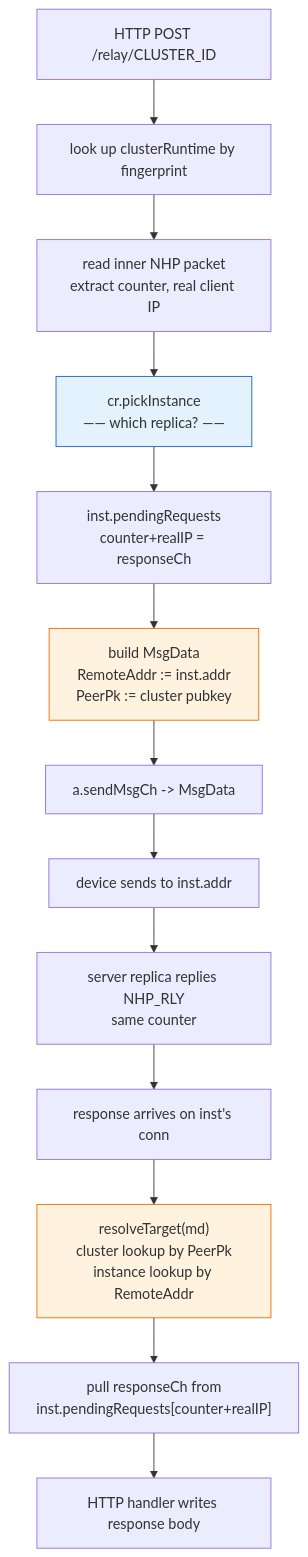
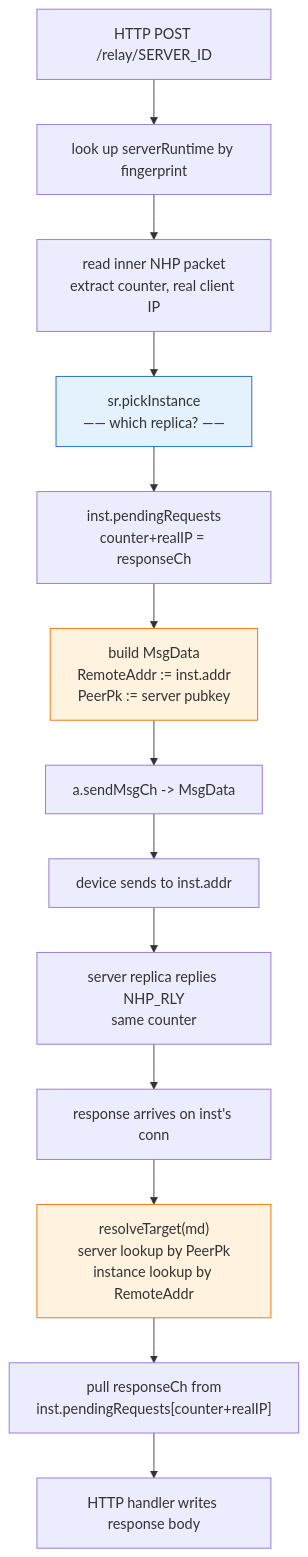
One commit to OpenNHP/opennhp changed the third of 3 diagrams in docs/multi-server.en.md. Above: the diagram before and after it, drawn with Mermaid. The commit also changed other lines of this file and 27 other files, not shown here.

````diff
--- a/docs/multi-server.en.md
+++ b/docs/multi-server.en.md
@@ -212,20 +222,20 @@
 ```mermaid
 flowchart TD
-    A[HTTP POST /relay/CLUSTER_ID] --> B[look up clusterRuntime by fingerprint]
+    A[HTTP POST /relay/SERVER_ID] --> B[look up serverRuntime by fingerprint]
     B --> C[read inner NHP packet<br/>extract counter, real client IP]
-    C --> D[cr.pickInstance<br/>—— which replica? ——]
+    C --> D[sr.pickInstance<br/>—— which replica? ——]
     D --> E["inst.pendingRequests<br/>counter+realIP = responseCh"]
-    E --> F[build MsgData<br/>RemoteAddr := inst.addr<br/>PeerPk := cluster pubkey]
+    E --> F[build MsgData<br/>RemoteAddr := inst.addr<br/>PeerPk := server pubkey]
     F --> G[a.sendMsgCh -> MsgData]
     G --> H[device sends to inst.addr]
     H --> I[server replica replies NHP_RLY<br/>same counter]
     I --> J[response arrives on inst's conn]
-    J --> K["resolveTarget(md)<br/>cluster lookup by PeerPk<br/>instance lookup by RemoteAddr"]
+    J --> K["resolveTarget(md)<br/>server lookup by PeerPk<br/>instance lookup by RemoteAddr"]
     K --> L["pull responseCh from<br/>inst.pendingRequests[counter+realIP]"]
     L --> M[HTTP handler writes response body]
 
     classDef pick fill:#e3f2fd,stroke:#1565c0
     class D pick
     classDef pin fill:#fff3e0,stroke:#ef6c00
     class F,K pin
 ```
````
